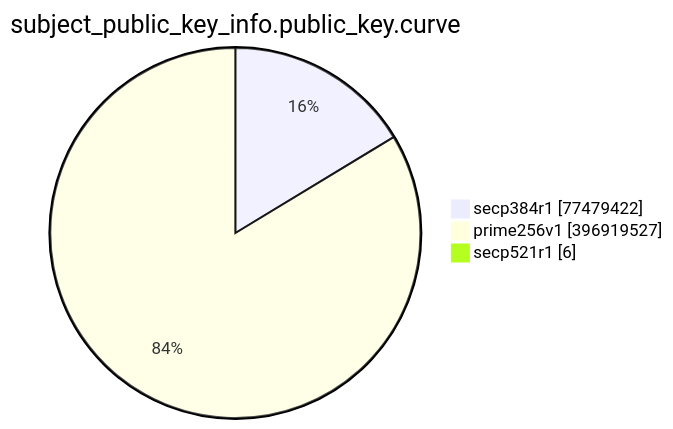
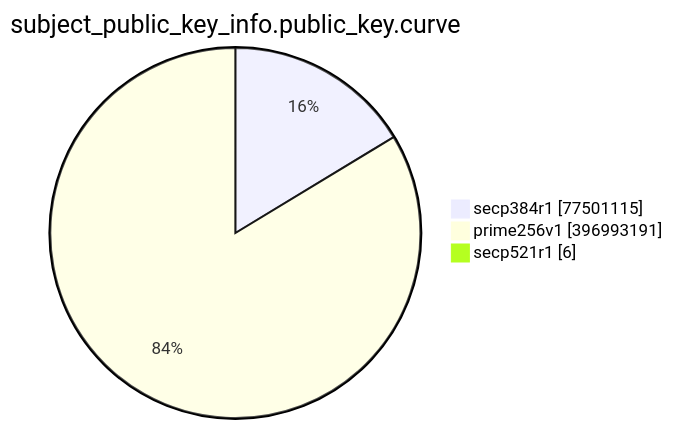
One commit to christiankrug/ctmonitor_visualization changed the eighth of 15 diagrams in TOTAL/README.md. Above: the diagram before and after it, drawn with Mermaid. The commit also changed other lines of this file, not shown here.

````diff
--- a/TOTAL/README.md
+++ b/TOTAL/README.md
@@ -3095,7 +3095,7 @@
 ```mermaid
 pie showData
 title subject_public_key_info.public_key.curve
-"secp384r1" :77479422
-"prime256v1" :396919527
+"secp384r1" :77501115
+"prime256v1" :396993191
 "secp521r1" :6
 ```
````
